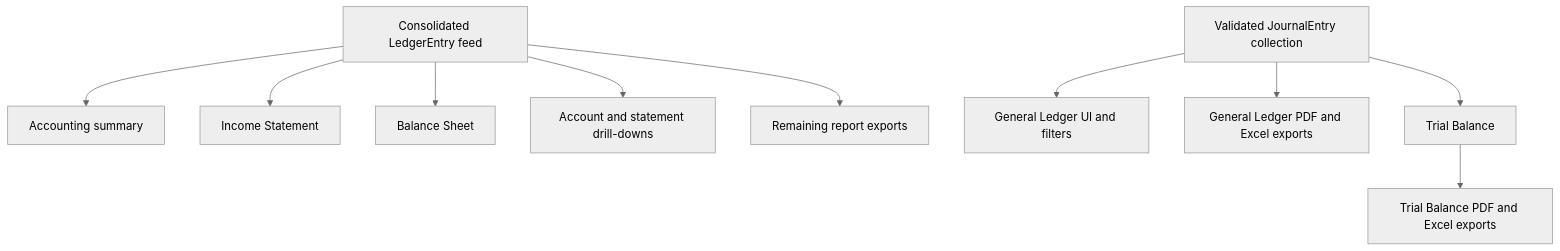
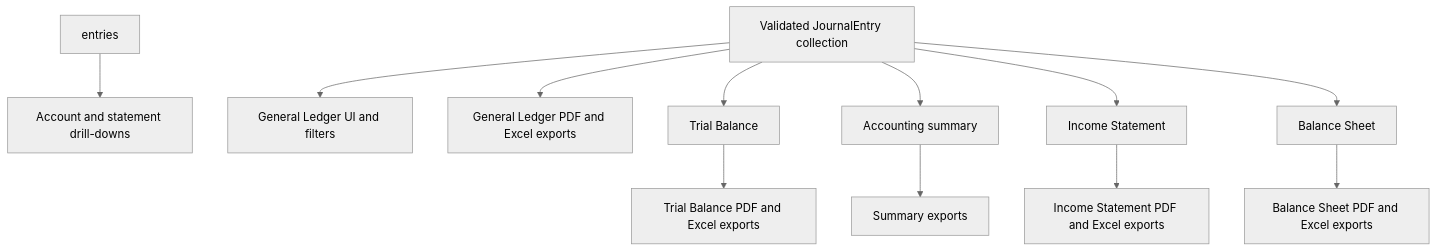
Before and after one commit to globe-and-citizen/cnc-portal: the fifth of 5 diagrams in docs/implementation/accounting-read-model/README.md, drawn with Mermaid (neutral theme). The commit also changed other lines of this file and 1 other file, not shown here.

Commit message:
docs: 📝 document JournalEntry statement projections

````diff
--- a/docs/implementation/accounting-read-model/README.md
+++ b/docs/implementation/accounting-read-model/README.md
@@ -186,12 +188,14 @@
 ```mermaid
 flowchart TB
-    entries[Consolidated LedgerEntry feed] --> summary[Accounting summary]
-    entries --> income[Income Statement]
-    entries --> balance[Balance Sheet]
     entries --> drilldowns[Account and statement drill-downs]
-    entries --> remainingExports[Remaining report exports]
     journal[Validated JournalEntry collection] --> ledgerUI[General Ledger UI and filters]
     journal --> ledgerExports[General Ledger PDF and Excel exports]
     journal --> trial[Trial Balance]
     trial --> trialExports[Trial Balance PDF and Excel exports]
+    journal --> summary[Accounting summary]
+    journal --> income[Income Statement]
+    journal --> balance[Balance Sheet]
+    summary --> summaryExports[Summary exports]
+    income --> incomeExports[Income Statement PDF and Excel exports]
+    balance --> balanceExports[Balance Sheet PDF and Excel exports]
 ```
````
